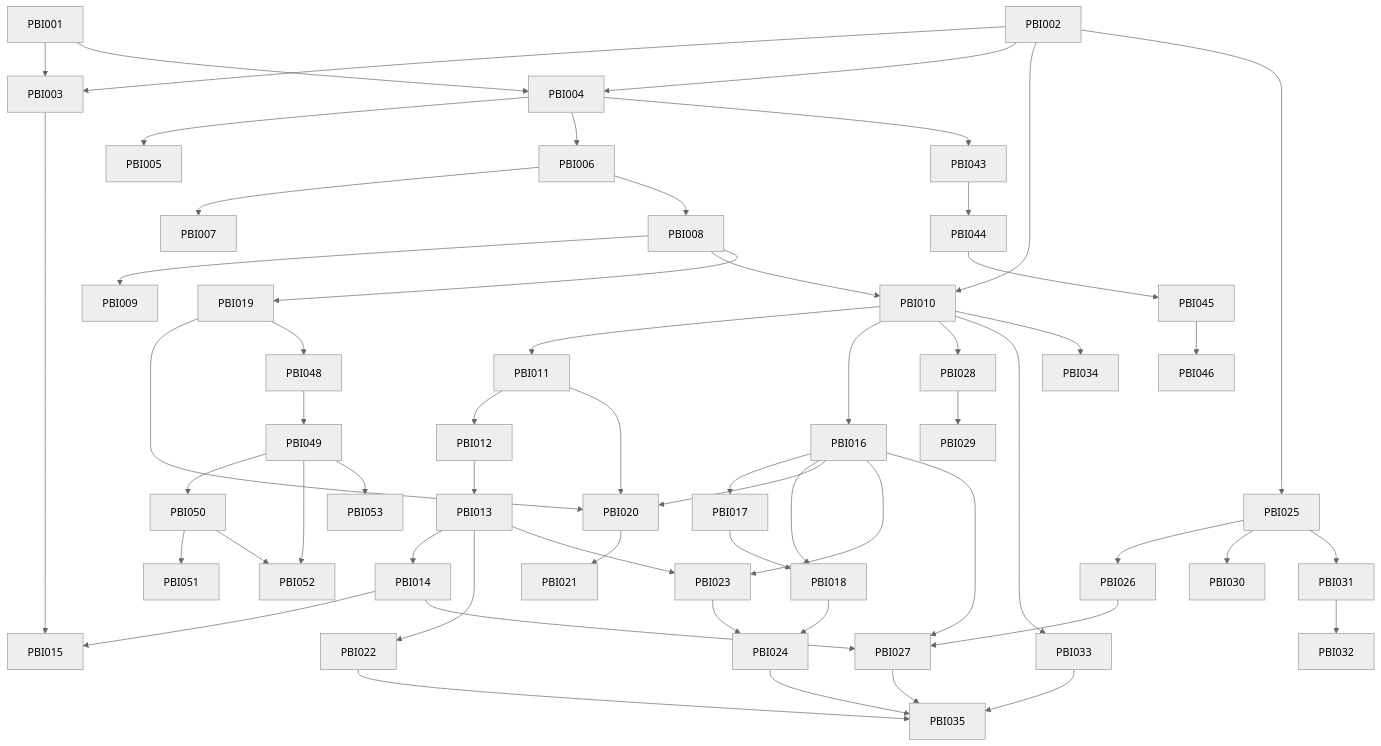
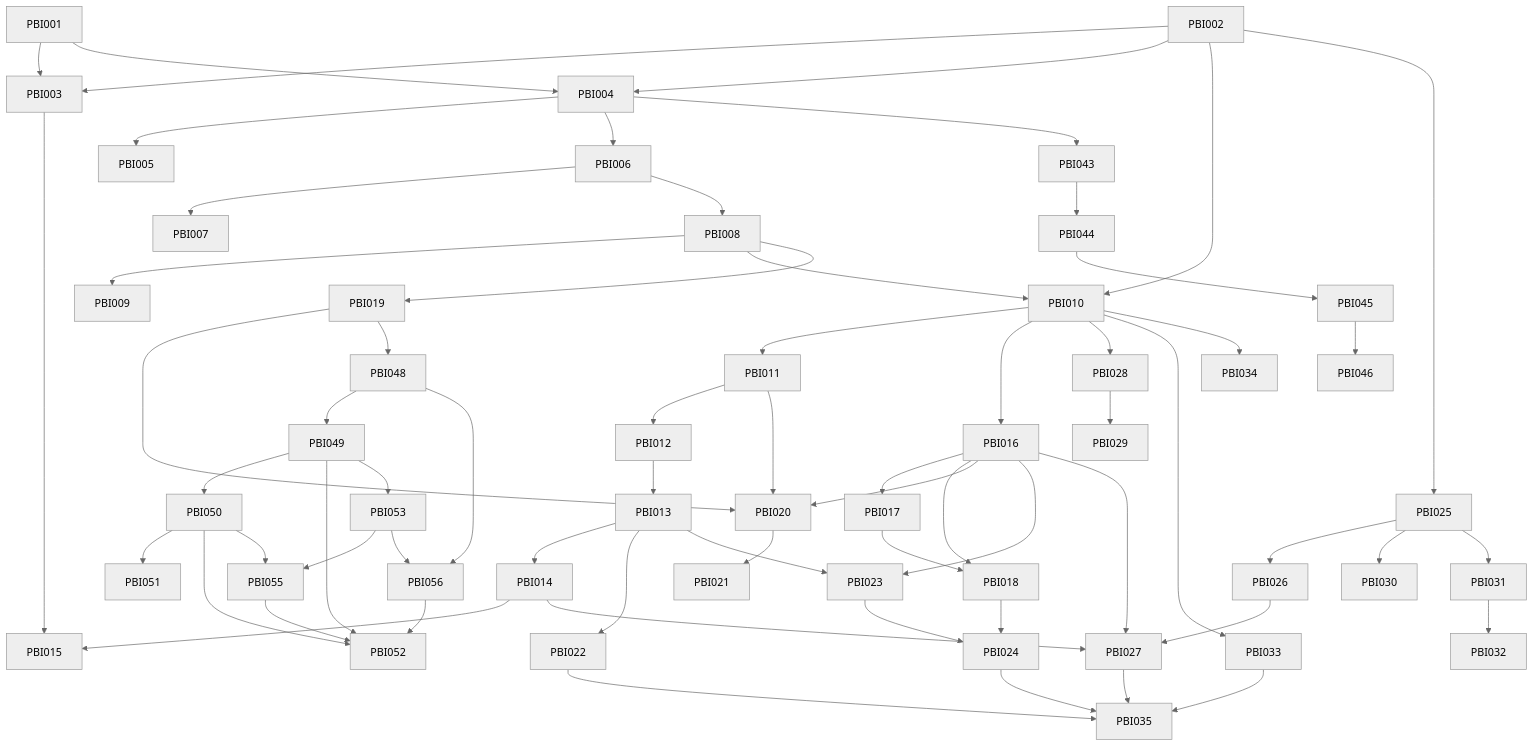
Before and after one commit to kcbdev/SWE-DRIP: the diagram in plans/README.md, drawn with Mermaid (neutral theme). The commit also changed other lines of this file and 3 other files, not shown here.

Commit message:
docs(plan): close 049-051, sequence 053/055/056, block 052 (APIs-first)

````diff
--- a/plans/README.md
+++ b/plans/README.md
@@ -128,39 +130,45 @@
 ```mermaid
 graph TD
   PBI001 --> PBI003
   PBI002 --> PBI003
   PBI001 --> PBI004
   PBI002 --> PBI004
   PBI004 --> PBI005
   PBI004 --> PBI006 --> PBI007
   PBI006 --> PBI008 --> PBI009
   PBI002 --> PBI010
   PBI008 --> PBI010 --> PBI011 --> PBI012 --> PBI013 --> PBI014 --> PBI015
   PBI003 --> PBI015
   PBI010 --> PBI016 --> PBI017
   PBI016 --> PBI018
   PBI017 --> PBI018
   PBI008 --> PBI019 --> PBI020 --> PBI021
   PBI016 --> PBI020
   PBI011 --> PBI020
   PBI013 --> PBI022
   PBI016 --> PBI023 --> PBI024
   PBI013 --> PBI023
   PBI018 --> PBI024
   PBI002 --> PBI025 --> PBI026 --> PBI027
   PBI014 --> PBI027
   PBI016 --> PBI027
   PBI010 --> PBI028 --> PBI029
   PBI025 --> PBI030
   PBI025 --> PBI031 --> PBI032
   PBI010 --> PBI033 --> PBI035
   PBI022 --> PBI035
   PBI027 --> PBI035
   PBI024 --> PBI035
   PBI010 --> PBI034
   PBI004 --> PBI043 --> PBI044 --> PBI045 --> PBI046
   PBI019 --> PBI048 --> PBI049 --> PBI050 --> PBI051
   PBI049 --> PBI052
   PBI050 --> PBI052
+  PBI055 --> PBI052
+  PBI056 --> PBI052
   PBI049 --> PBI053
+  PBI050 --> PBI055
+  PBI053 --> PBI055
+  PBI048 --> PBI056
+  PBI053 --> PBI056
 ```
````
